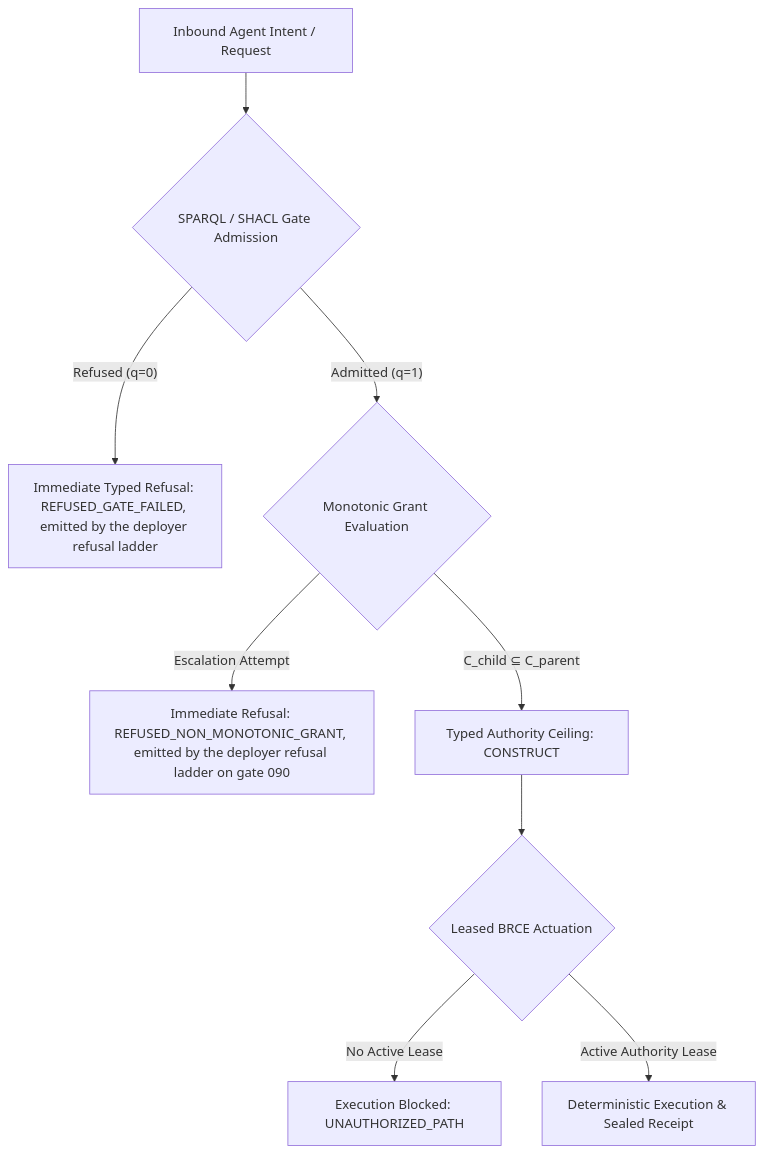
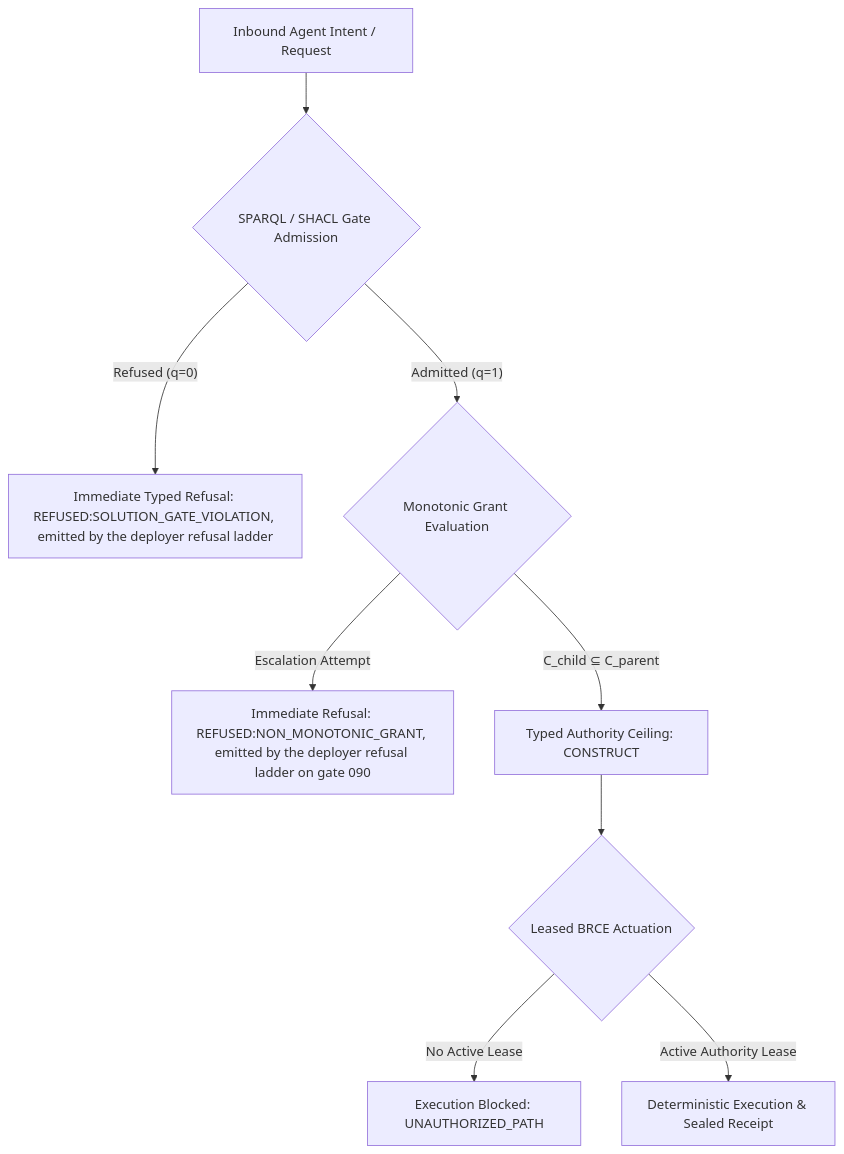
Before and after one commit to seanchatmangpt/ggen-marketplace: the diagram in docs/architecture/enterprise-monopoly-four-pillars.md, drawn with Mermaid. The commit also changed other lines of this file and 1 other file, not shown here.

Commit message:
docs(strategy): normalize refusal-code formats to deployed emitters

````diff
--- a/docs/architecture/enterprise-monopoly-four-pillars.md
+++ b/docs/architecture/enterprise-monopoly-four-pillars.md
@@ -23,11 +23,11 @@
 ```mermaid
 graph TD
     A[Inbound Agent Intent / Request] --> B{SPARQL / SHACL Gate Admission}
-    B -- Refused (q=0) --> X[Immediate Typed Refusal: REFUSED_GATE_FAILED, emitted by the deployer refusal ladder]
+    B -- Refused (q=0) --> X[Immediate Typed Refusal: REFUSED:SOLUTION_GATE_VIOLATION, emitted by the deployer refusal ladder]
     B -- Admitted (q=1) --> C{Monotonic Grant Evaluation}
-    C -- Escalation Attempt --> Y[Immediate Refusal: REFUSED_NON_MONOTONIC_GRANT, emitted by the deployer refusal ladder on gate 090]
+    C -- Escalation Attempt --> Y[Immediate Refusal: REFUSED:NON_MONOTONIC_GRANT, emitted by the deployer refusal ladder on gate 090]
     C -- C_child ⊆ C_parent --> D[Typed Authority Ceiling: CONSTRUCT]
     D --> E{Leased BRCE Actuation}
     E -- No Active Lease --> Z[Execution Blocked: UNAUTHORIZED_PATH]
     E -- Active Authority Lease --> F[Deterministic Execution & Sealed Receipt]
 ```
````
